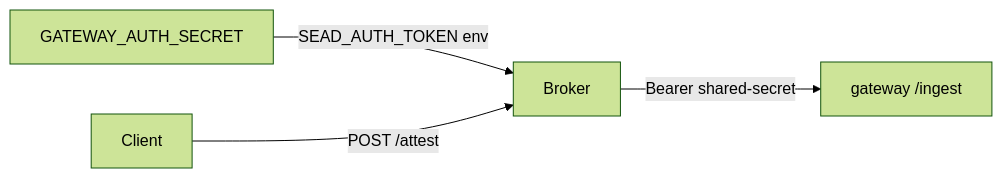
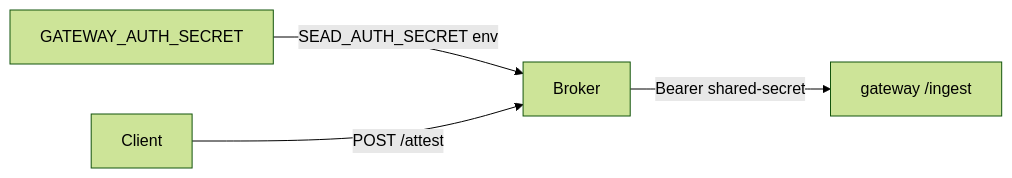
Before and after one commit to Stardome-technology/stardome-sead-broker: the second of 3 diagrams in README.md, drawn with Mermaid (forest theme). The commit also changed other lines of this file, not shown here.

Commit message:
docs: rename SEAD_AUTH_TOKEN → SEAD_AUTH_SECRET in README (10 refs)

````diff
--- a/README.md
+++ b/README.md
@@ -34,6 +34,6 @@
 ```mermaid
 flowchart LR
-    A[GATEWAY_AUTH_SECRET] -->|SEAD_AUTH_TOKEN env| B[Broker]
+    A[GATEWAY_AUTH_SECRET] -->|SEAD_AUTH_SECRET env| B[Broker]
     C[Client] -->|POST /attest| B
     B -->|Bearer shared-secret| D[gateway /ingest]
 ```
````
